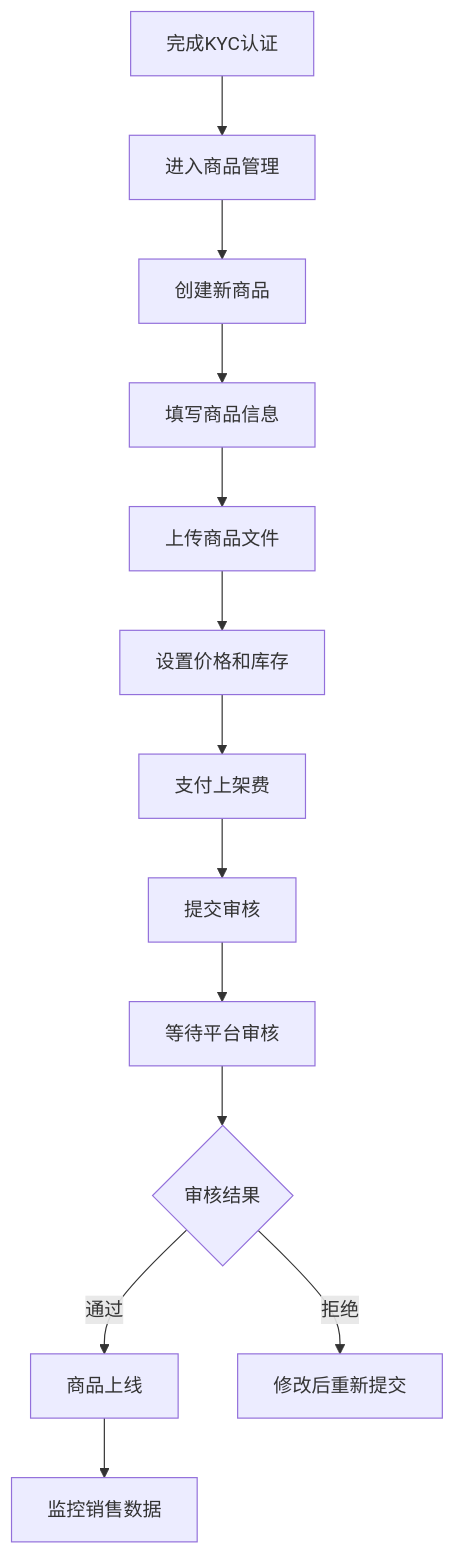
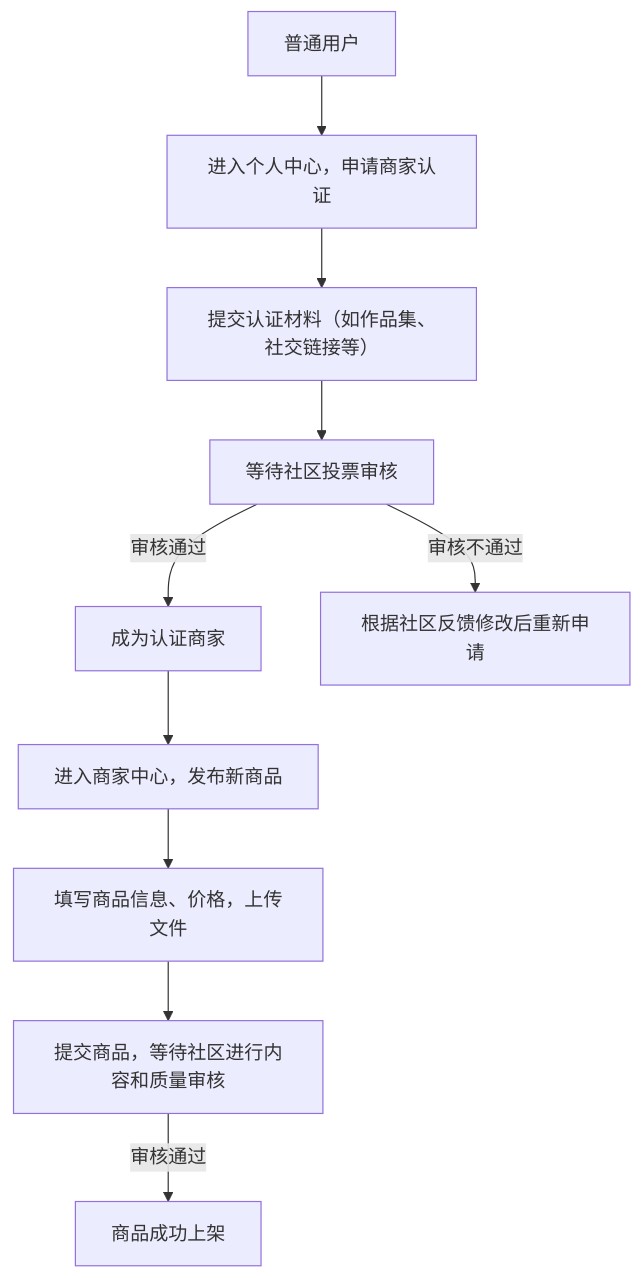
The third of 8 diagrams in docs/PRD.md (mingdw/sapmall), drawn with Mermaid before and after one commit. The commit also changed other lines of this file and 25 other files, not shown here.

````diff
--- a/docs/PRD.md
+++ b/docs/PRD.md
@@ -1546,15 +965,12 @@
 ```mermaid
 graph TD
-    A[完成KYC认证] --> B[进入商品管理]
-    B --> C[创建新商品]
-    C --> D[填写商品信息]
-    D --> E[上传商品文件]
-    E --> F[设置价格和库存]
-    F --> G[支付上架费]
-    G --> H[提交审核]
-    H --> I[等待平台审核]
-    I --> J{审核结果}
-    J -->|通过| K[商品上线]
-    J -->|拒绝| L[修改后重新提交]
-    K --> M[监控销售数据]
+    A[普通用户] --> B[进入个人中心，申请商家认证]
+    B --> C[提交认证材料（如作品集、社交链接等）]
+    C --> D[等待社区投票审核]
+    D -- 审核通过 --> E[成为认证商家]
+    D -- 审核不通过 --> F[根据社区反馈修改后重新申请]
+    E --> G[进入商家中心，发布新商品]
+    G --> H[填写商品信息、价格，上传文件]
+    H --> I[提交商品，等待社区进行内容和质量审核]
+    I -- 审核通过 --> J[商品成功上架]
 ```
````
